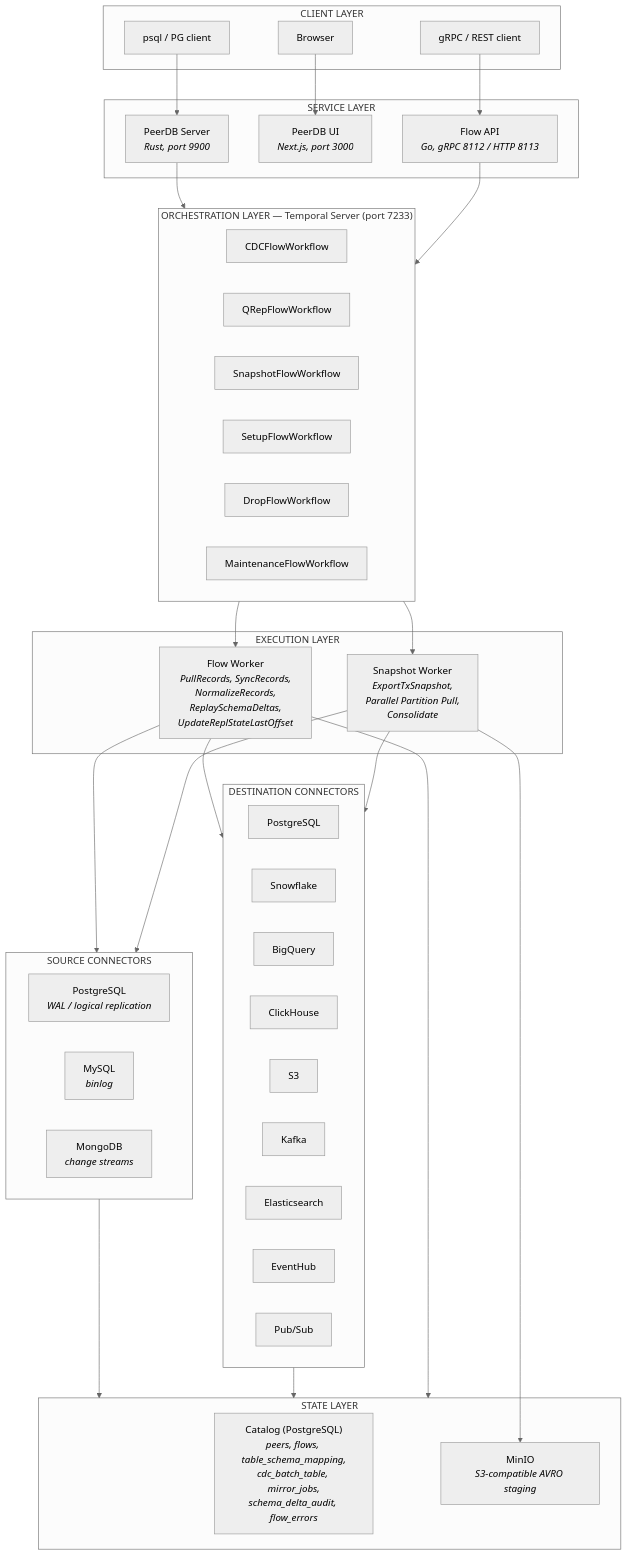
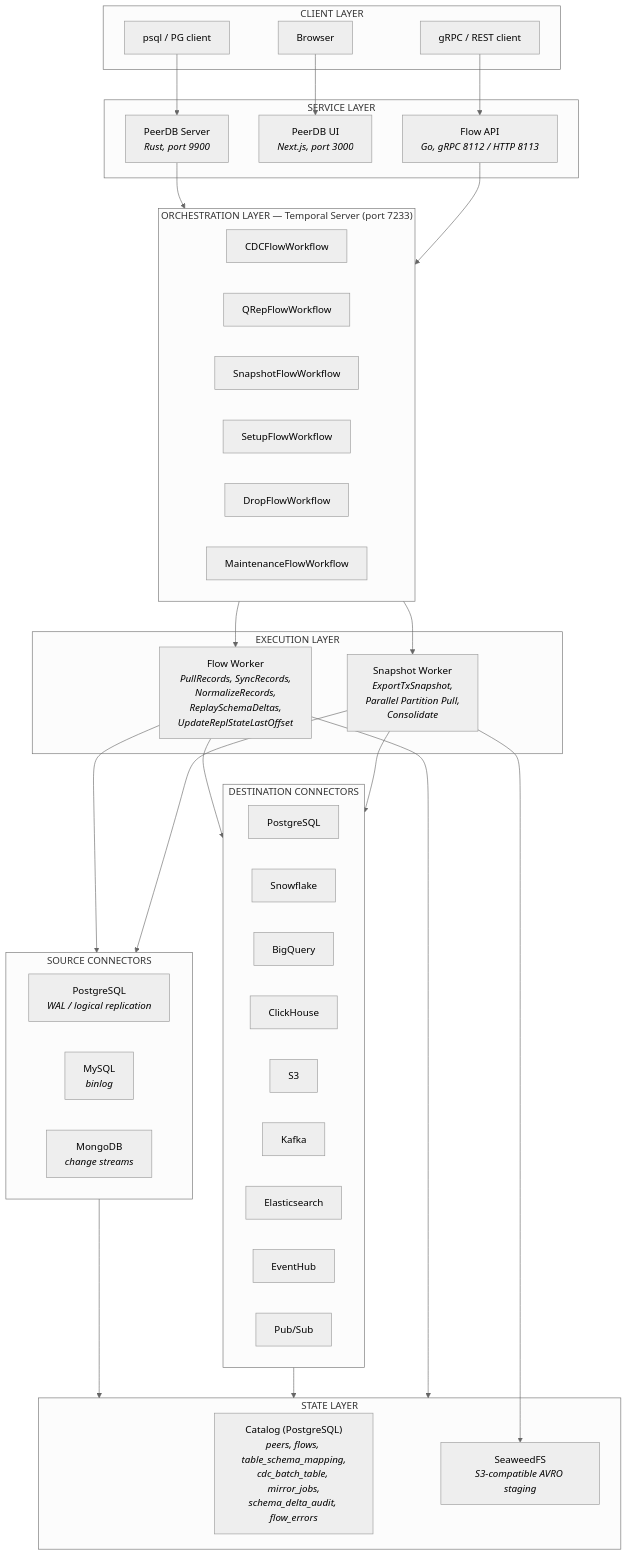
Before and after one commit to PeerDB-io/peerdb: the first of 6 diagrams in docs/peerdb-architecture.md, drawn with Mermaid (neutral theme). The commit also changed other lines of this file and 13 other files, not shown here.

Commit message:
replace minio with seaweedfs

````diff
--- a/docs/peerdb-architecture.md
+++ b/docs/peerdb-architecture.md
@@ -18,67 +18,67 @@
 ```mermaid
 graph TB
     subgraph CLIENT["CLIENT LAYER"]
         psql["psql / PG client"]
         browser["Browser"]
         grpc_client["gRPC / REST client"]
     end
 
     subgraph SERVICES["SERVICE LAYER"]
         nexus["PeerDB Server<br/><i>Rust, port 9900</i>"]
         ui["PeerDB UI<br/><i>Next.js, port 3000</i>"]
         api["Flow API<br/><i>Go, gRPC 8112 / HTTP 8113</i>"]
     end
 
     subgraph ORCHESTRATION["ORCHESTRATION LAYER — Temporal Server (port 7233)"]
         cdc_wf["CDCFlowWorkflow"]
         qrep_wf["QRepFlowWorkflow"]
         snapshot_wf["SnapshotFlowWorkflow"]
         setup_wf["SetupFlowWorkflow"]
         drop_wf["DropFlowWorkflow"]
         maint_wf["MaintenanceFlowWorkflow"]
     end
 
     subgraph EXECUTION["EXECUTION LAYER"]
         flow_worker["Flow Worker<br/><i>PullRecords, SyncRecords,<br/>NormalizeRecords,<br/>ReplaySchemaDeltas,<br/>UpdateReplStateLastOffset</i>"]
         snap_worker["Snapshot Worker<br/><i>ExportTxSnapshot,<br/>Parallel Partition Pull,<br/>Consolidate</i>"]
     end
 
     subgraph SOURCES["SOURCE CONNECTORS"]
         pg_src["PostgreSQL<br/><i>WAL / logical replication</i>"]
         mysql_src["MySQL<br/><i>binlog</i>"]
         mongo_src["MongoDB<br/><i>change streams</i>"]
     end
 
     subgraph DESTINATIONS["DESTINATION CONNECTORS"]
         pg_dst["PostgreSQL"]
         sf["Snowflake"]
         bq["BigQuery"]
         ch_dst["ClickHouse"]
         s3["S3"]
         kafka["Kafka"]
         es["Elasticsearch"]
         eh["EventHub"]
         pubsub["Pub/Sub"]
     end
 
     subgraph STATE["STATE LAYER"]
         catalog["Catalog (PostgreSQL)<br/><i>peers, flows, table_schema_mapping,<br/>cdc_batch_table, mirror_jobs,<br/>schema_delta_audit, flow_errors</i>"]
-        minio["MinIO<br/><i>S3-compatible AVRO staging</i>"]
+        seaweedfs["SeaweedFS<br/><i>S3-compatible AVRO staging</i>"]
     end
 
     psql --> nexus
     browser --> ui
     grpc_client --> api
     nexus --> ORCHESTRATION
     api --> ORCHESTRATION
     ORCHESTRATION --> flow_worker
     ORCHESTRATION --> snap_worker
     flow_worker --> SOURCES
     flow_worker --> DESTINATIONS
     snap_worker --> SOURCES
     snap_worker --> DESTINATIONS
     SOURCES --> STATE
     DESTINATIONS --> STATE
     flow_worker --> STATE
-    snap_worker --> minio
+    snap_worker --> seaweedfs
 ```
````
